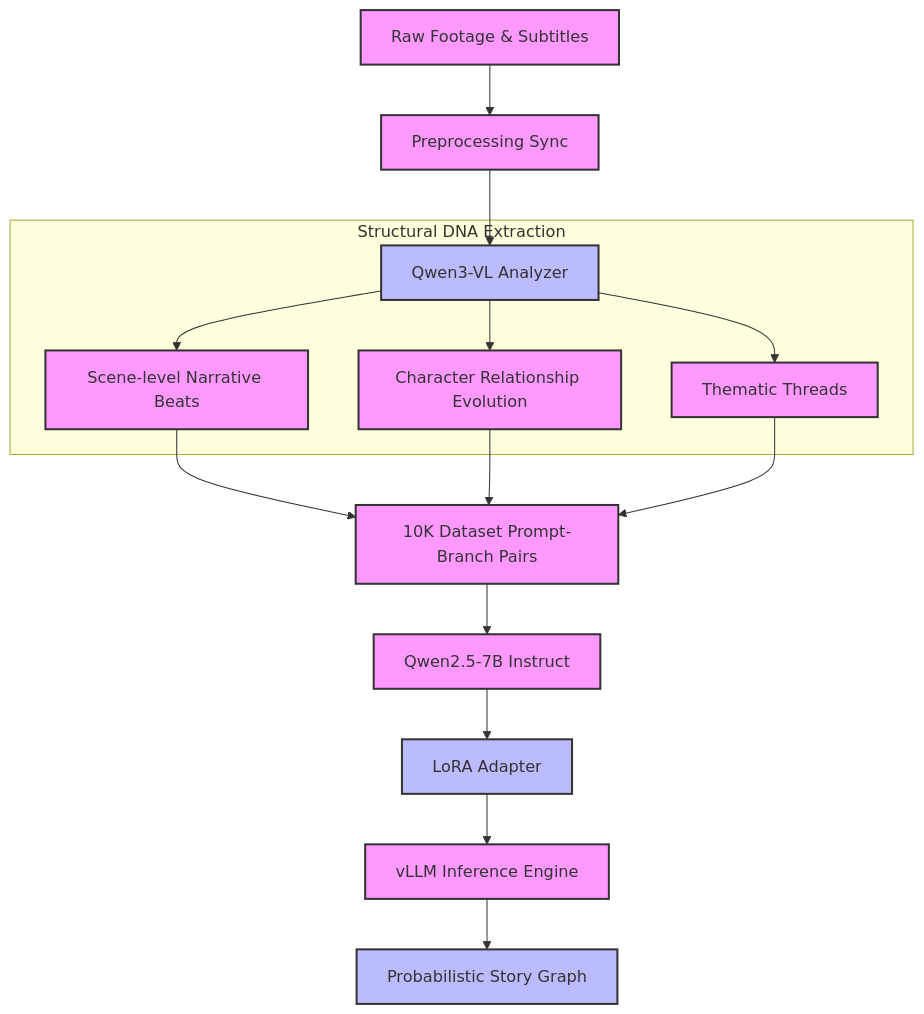
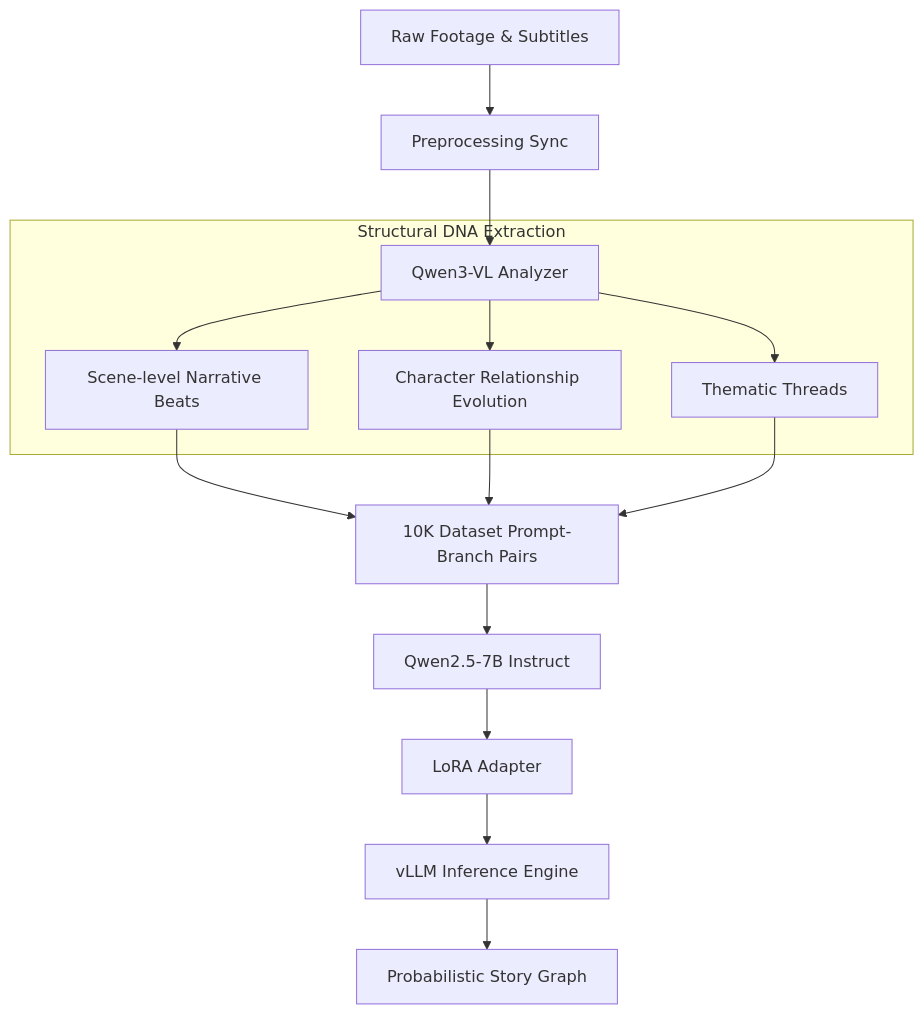
Before and after one commit to rebugui/rebugui.github.io: the diagram in content/post/AI/-Qwen25-7B-Fine-tuning-확률적-스토리-그래프-구현/index.md, drawn with Mermaid. The commit also changed 14 other files, not shown here.

First line of the commit message:
fix: 최근 3일간 블로그 Mermaid 다이어그램 스타일 제거

````diff
--- a/content/post/AI/-Qwen25-7B-Fine-tuning-확률적-스토리-그래프-구현/index.md
+++ b/content/post/AI/-Qwen25-7B-Fine-tuning-확률적-스토리-그래프-구현/index.md
@@ -33,32 +33,21 @@
 ```mermaid
 graph TD
     Input[Raw Footage & Subtitles] --> Preprocess[Preprocessing Sync]
     Preprocess --> VLM[Qwen3-VL Analyzer]
     
     subgraph Extraction ["Structural DNA Extraction"]
         VLM --> Beats[Scene-level Narrative Beats]
         VLM --> Relations[Character Relationship Evolution]
         VLM --> Themes[Thematic Threads]
     end
 
     Beats --> Dataset[10K Dataset Prompt-Branch Pairs]
     Relations --> Dataset
     Themes --> Dataset
 
     Dataset --> Base[Qwen2.5-7B Instruct]
     Base --> LoRA[LoRA Adapter]
     LoRA --> Infer[vLLM Inference Engine]
     Infer --> Output[Probabilistic Story Graph]
 
-    style Input fill:#f9f,stroke:#333,stroke-width:2px
-    style Preprocess fill:#f9f,stroke:#333,stroke-width:2px
-    style VLM fill:#bbf,stroke:#333,stroke-width:2px
-    style Beats fill:#f9f,stroke:#333,stroke-width:2px
-    style Relations fill:#f9f,stroke:#333,stroke-width:2px
-    style Themes fill:#f9f,stroke:#333,stroke-width:2px
-    style Dataset fill:#f9f,stroke:#333,stroke-width:2px
-    style Base fill:#f9f,stroke:#333,stroke-width:2px
-    style LoRA fill:#bbf,stroke:#333,stroke-width:2px
-    style Infer fill:#f9f,stroke:#333,stroke-width:2px
-    style Output fill:#bbf,stroke:#333,stroke-width:2px
 ```
````
